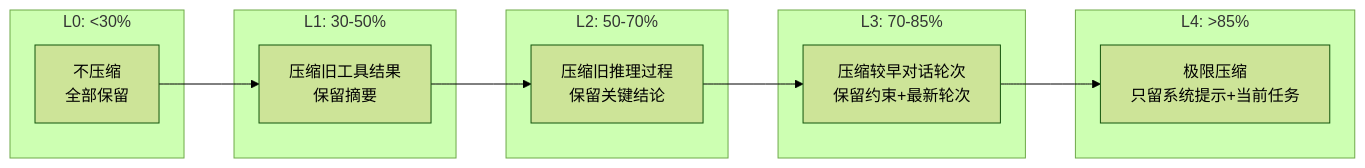
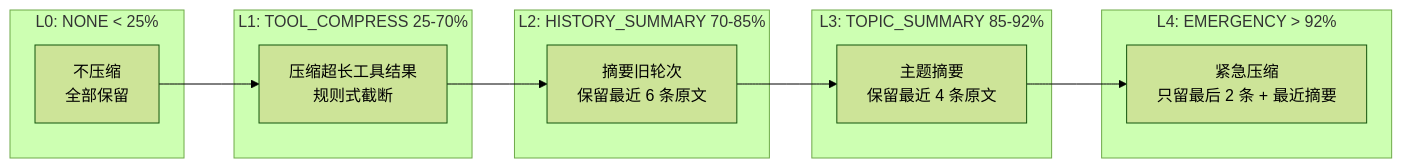
Before and after one commit to limenagent/prodagent: the second of 3 diagrams in docs/topics/compression.md, drawn with Mermaid (forest theme). The commit also changed other lines of this file and 28 other files, not shown here.

````diff
--- a/docs/topics/compression.md
+++ b/docs/topics/compression.md
@@ -28,20 +28,19 @@
 ```mermaid
 graph LR
-    subgraph "L0: <30%"
+    subgraph "L0: NONE < 25%"
         L0["不压缩<br/>全部保留"]
     end
-    subgraph "L1: 30-50%"
-        L1["压缩旧工具结果<br/>保留摘要"]
+    subgraph "L1: TOOL_COMPRESS 25-70%"
+        L1["压缩超长工具结果<br/>规则式截断"]
     end
-    subgraph "L2: 50-70%"
-        L2["压缩旧推理过程<br/>保留关键结论"]
+    subgraph "L2: HISTORY_SUMMARY 70-85%"
+        L2["摘要旧轮次<br/>保留最近 6 条原文"]
     end
-    subgraph "L3: 70-85%"
-        L3["压缩较早对话轮次<br/>保留约束+最新轮次"]
+    subgraph "L3: TOPIC_SUMMARY 85-92%"
+        L3["主题摘要<br/>保留最近 4 条原文"]
     end
-    subgraph "L4: >85%"
-        L4["极限压缩<br/>只留系统提示+当前任务"]
+    subgraph "L4: EMERGENCY > 92%"
+        L4["紧急压缩<br/>只留最后 2 条 + 最近摘要"]
     end
-
     L0 --> L1 --> L2 --> L3 --> L4
 ```
````
